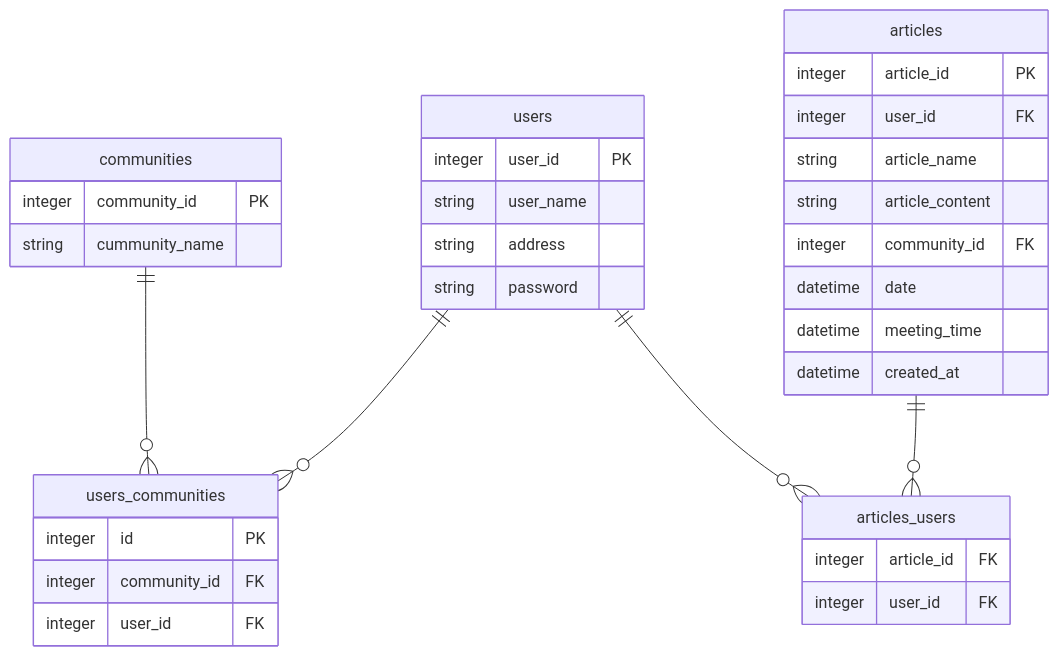
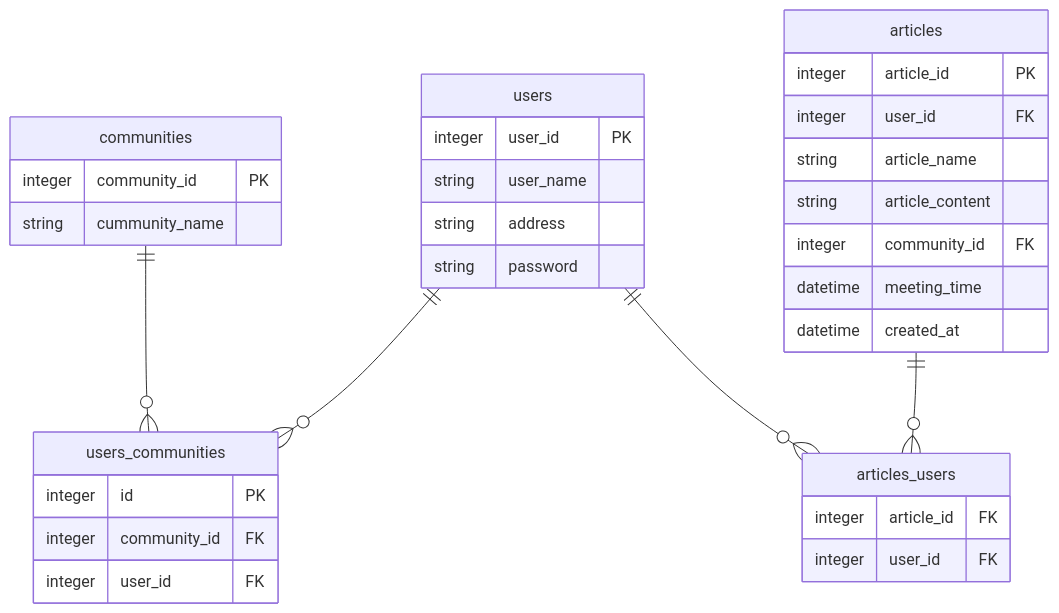
The diagram in README.md (jphacks/F_2204), drawn with Mermaid before and after one commit.

Commit message:
date カラム除去

````diff
--- a/README.md
+++ b/README.md
@@ -51,47 +51,46 @@
 ```mermaid
 erDiagram
 
 users {
     integer user_id PK
     string user_name
     string address
     string password
 }
 
 users_communities {
     integer id PK
     integer community_id FK
     integer user_id FK
 }
 
 communities {
     integer community_id PK
     string cummunity_name
 } 
 
 articles {
     integer article_id  PK
     integer user_id FK 
     string article_name 
     string article_content
     integer community_id FK
-    datetime date
     datetime meeting_time
     datetime created_at
 }
 
 articles_users {
     integer article_id FK
     integer user_id FK
 }
 
 
 
 users ||--o{users_communities:""
 communities ||--o{users_communities:""
 
 articles ||--o{articles_users:""
 users ||--o{articles_users:""
 
 
 ```
````
